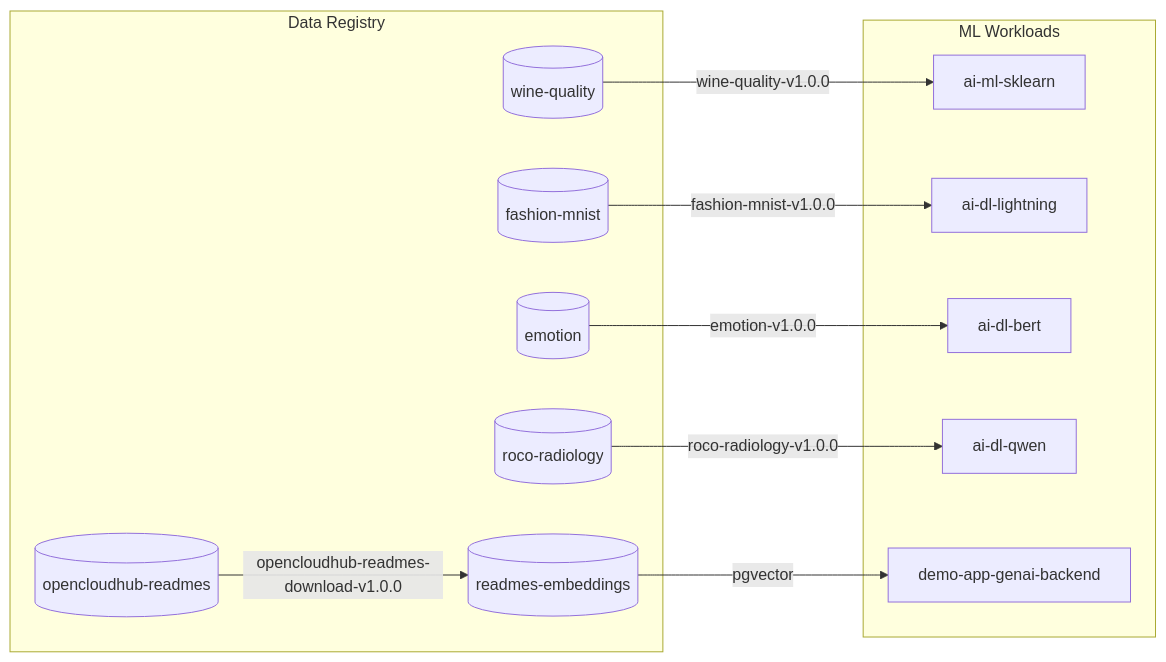
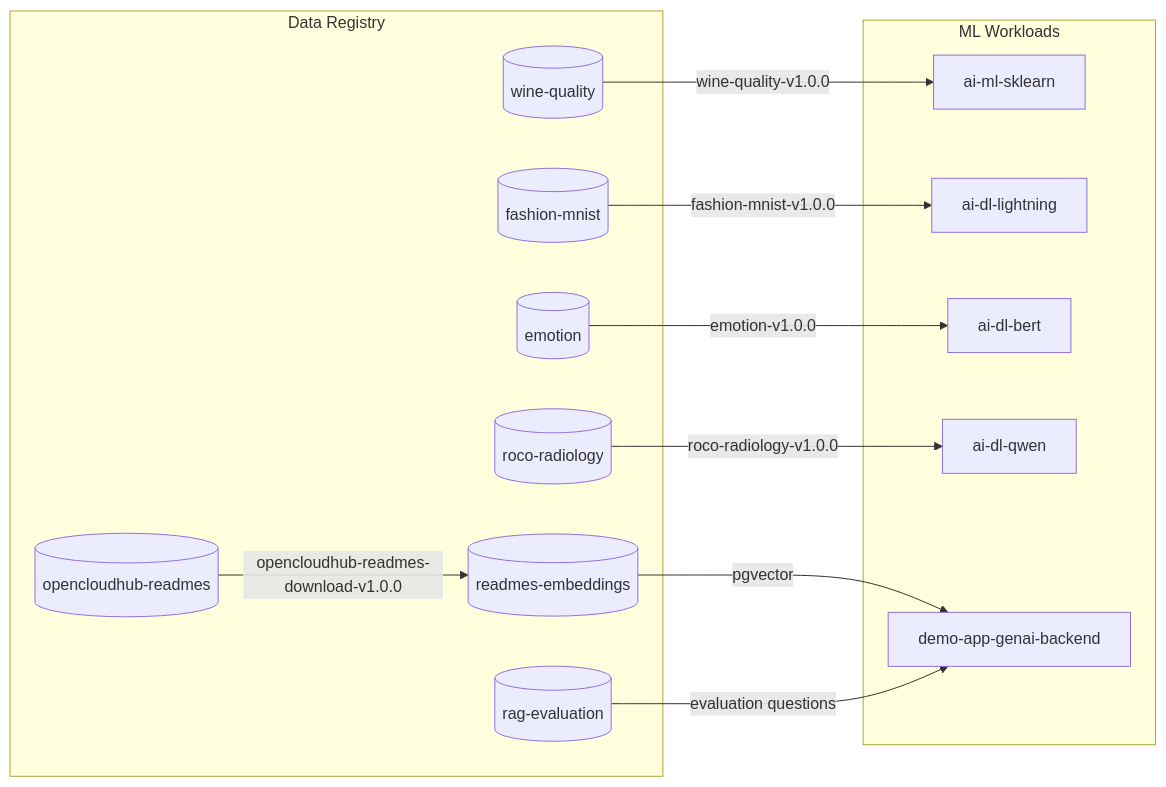
Before and after one commit to OpenCloudHub/data-registry: the first of 7 diagrams in README.md, drawn with Mermaid. The commit also changed other lines of this file and 1 other file, not shown here.

Commit message:
Add RAG evaluation questions

````diff
--- a/README.md
+++ b/README.md
@@ -136,26 +139,28 @@
 ```mermaid
 flowchart LR
     subgraph registry["Data Registry"]
         WINE[(wine-quality)]
         FMNIST[(fashion-mnist)]
         EMOTION[(emotion)]
         ROCO[(roco-radiology)]
         READMES[(opencloudhub-readmes)]
+        RAGEVAL[(rag-evaluation)]
         EMBED[(readmes-embeddings)]
     end
 
     subgraph training["ML Workloads"]
         SKLEARN[ai-ml-sklearn]
         LIGHTNING[ai-dl-lightning]
         BERT[ai-dl-bert]
         QWEN[ai-dl-qwen]
         RAG[demo-app-genai-backend]
     end
 
     WINE -->|"wine-quality-v1.0.0"| SKLEARN
     FMNIST -->|"fashion-mnist-v1.0.0"| LIGHTNING
     EMOTION -->|"emotion-v1.0.0"| BERT
     ROCO -->|"roco-radiology-v1.0.0"| QWEN
     READMES -->|"opencloudhub-readmes-download-v1.0.0"| EMBED
     EMBED -->|"pgvector"| RAG
+    RAGEVAL -->|"evaluation questions"| RAG
 ```
````
